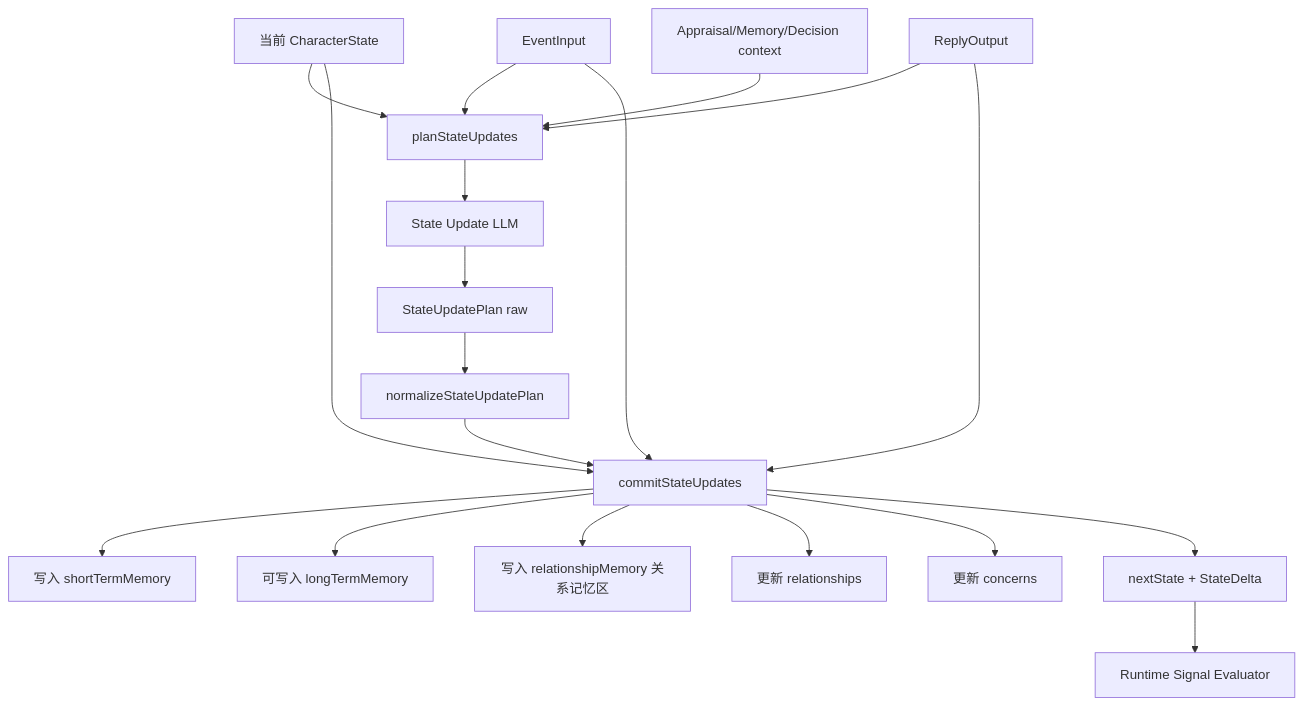
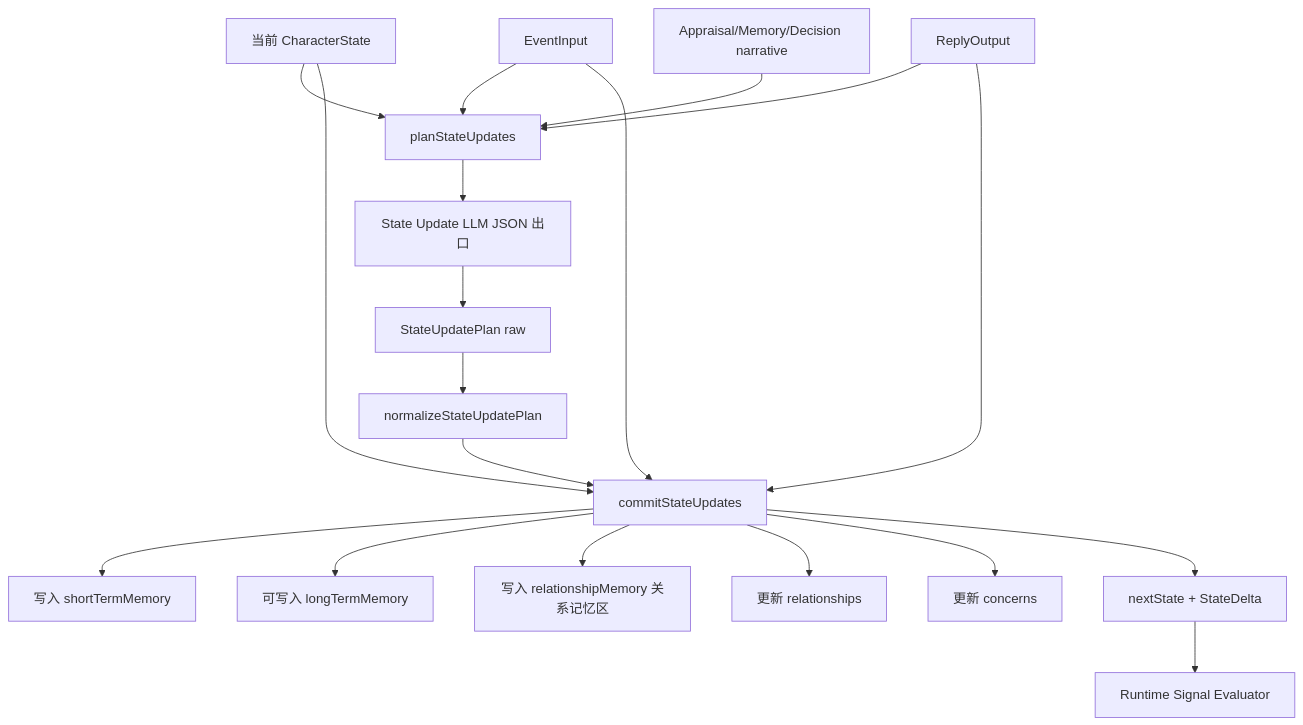
One commit to ttmanthatman/virtual-human-flow changed diagram 21 of 31 in docs/SYSTEM_FLOW.md. Above: the diagram before and after it, drawn with Mermaid. The commit also changed 3 other files, not shown here.

````diff
--- a/docs/SYSTEM_FLOW.md
+++ b/docs/SYSTEM_FLOW.md
@@ -516,21 +516,21 @@
 ```mermaid
 flowchart TD
     S["当前 CharacterState"] --> PLAN["planStateUpdates"]
     E["EventInput"] --> PLAN
     R["ReplyOutput"] --> PLAN
-    C["Appraisal/Memory/Decision context"] --> PLAN
-    PLAN --> CLIENT["State Update LLM"]
+    C["Appraisal/Memory/Decision narrative"] --> PLAN
+    PLAN --> CLIENT["State Update LLM JSON 出口"]
     CLIENT --> RAW["StateUpdatePlan raw"]
     RAW --> NORM["normalizeStateUpdatePlan"]
     NORM --> COMMIT["commitStateUpdates"]
     S --> COMMIT
     E --> COMMIT
     R --> COMMIT
     COMMIT --> STM["写入 shortTermMemory"]
     COMMIT --> LTM["可写入 longTermMemory"]
     COMMIT --> RMEM["写入 relationshipMemory 关系记忆区"]
     COMMIT --> REL["更新 relationships"]
     COMMIT --> CONCERN["更新 concerns"]
     COMMIT --> NEXT["nextState + StateDelta"]
     NEXT --> SIGNAL["Runtime Signal Evaluator"]
 ```
````
